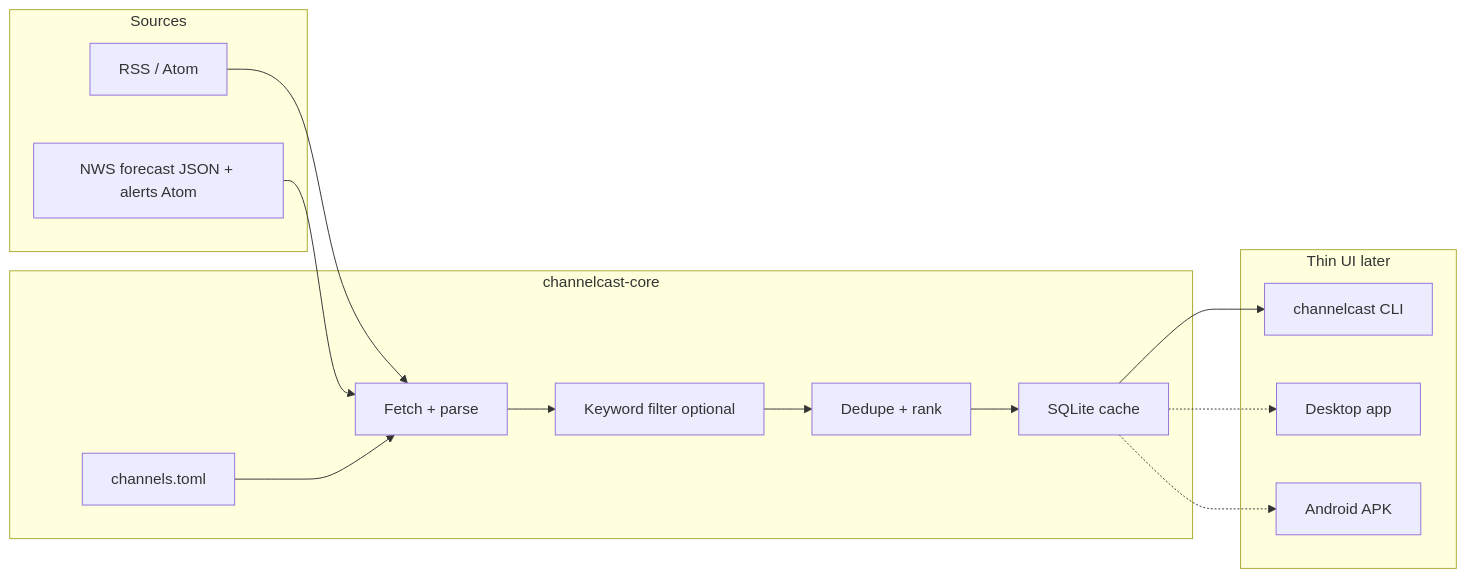
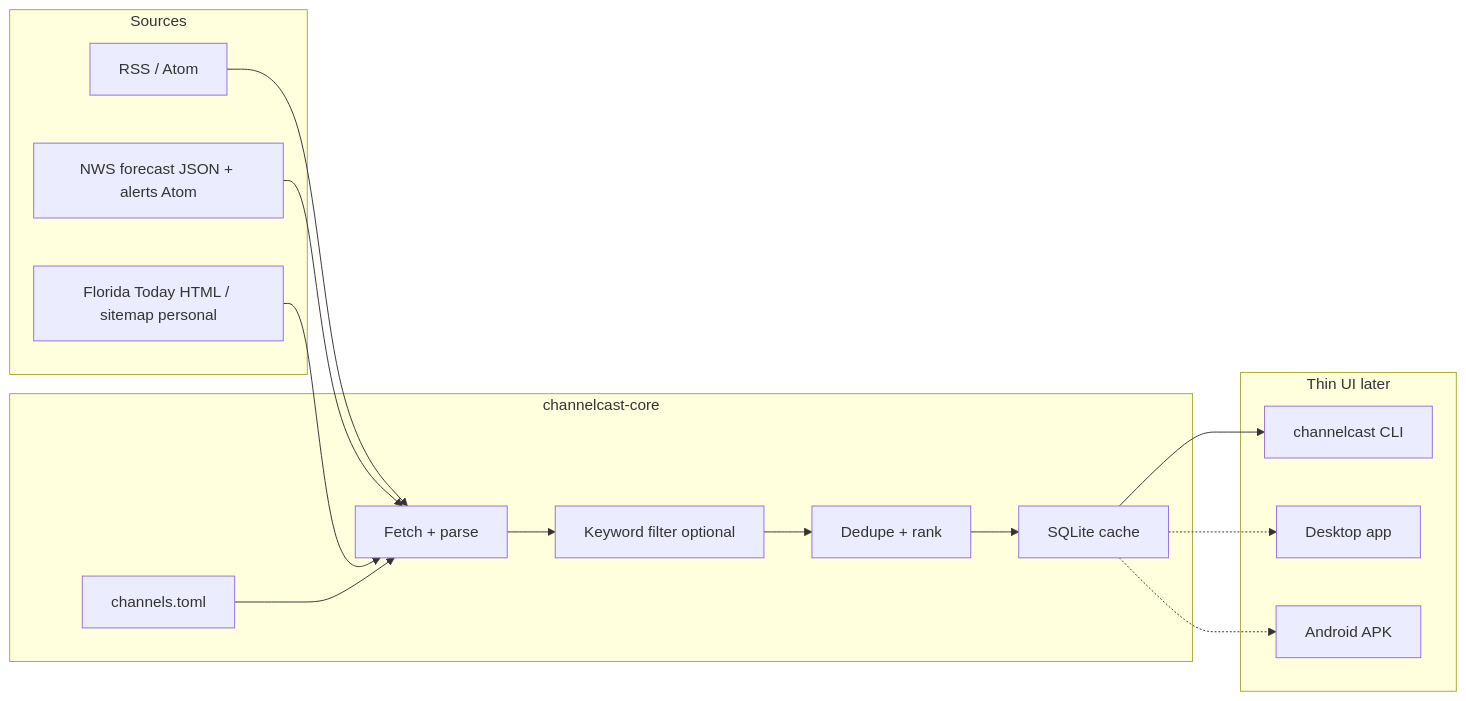
Before and after one commit to cruiseliner/channelcast: the diagram in README.md, drawn with Mermaid. The commit also changed other lines of this file and 9 other files, not shown here.

First line of the commit message:
Add personal Florida Today space HTML/sitemap path

````diff
--- a/README.md
+++ b/README.md
@@ -25,25 +25,27 @@
 ```mermaid
 flowchart LR
   subgraph sources [Sources]
     RSS[RSS / Atom]
     NWS[NWS forecast JSON + alerts Atom]
+    FT[Florida Today HTML / sitemap personal]
   end
   subgraph core [channelcast-core]
     Cfg[channels.toml]
     Fetch[Fetch + parse]
     Kw[Keyword filter optional]
     Rank[Dedupe + rank]
     Store[SQLite cache]
   end
   subgraph ui [Thin UI later]
     CLI[channelcast CLI]
     Desk[Desktop app]
     And[Android APK]
   end
   RSS --> Fetch
   NWS --> Fetch
+  FT --> Fetch
   Cfg --> Fetch --> Kw --> Rank --> Store
   Store --> CLI
   Store -.-> Desk
   Store -.-> And
 ```
````
